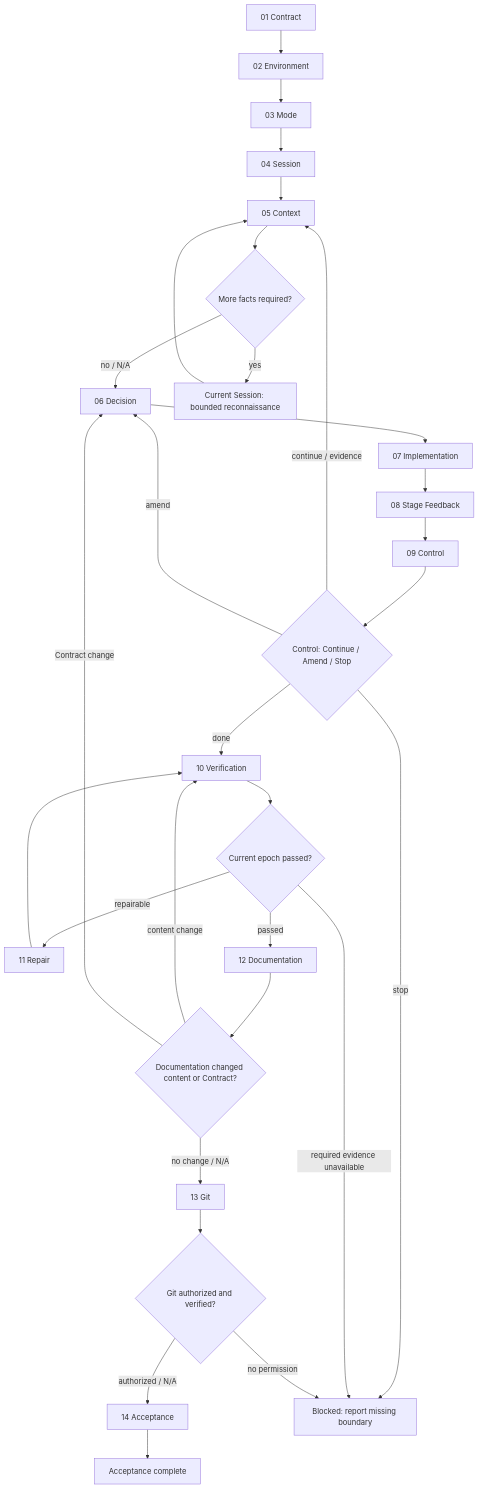
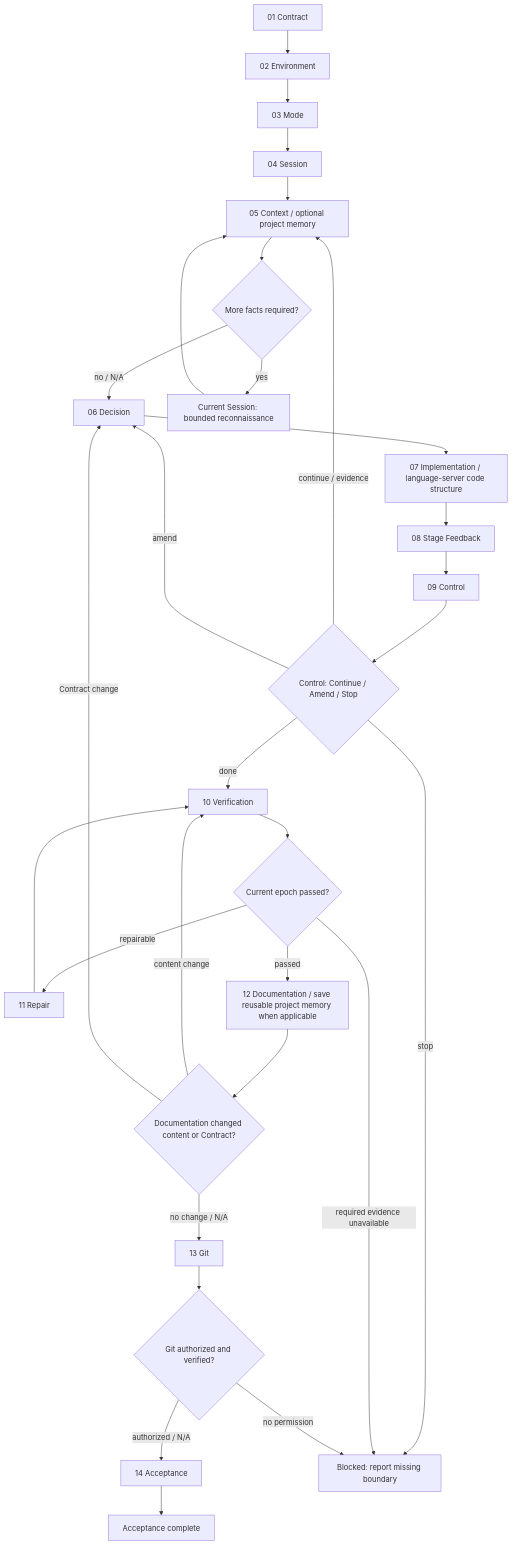
One commit to john-z-huang/token-io-decoupling changed the diagram in references/coding/layer-03-workflows/coding-single-agent.md. Above: the diagram before and after it, drawn with Mermaid. The commit also changed other lines of this file and 25 other files, not shown here.

````diff
--- a/references/coding/layer-03-workflows/coding-single-agent.md
+++ b/references/coding/layer-03-workflows/coding-single-agent.md
@@ -9,54 +9,54 @@
 ```mermaid
 flowchart TD
     S01["01 Contract"]
     S02["02 Environment"]
     S03["03 Mode"]
     S04["04 Session"]
-    S05["05 Context"]
+    S05["05 Context / optional project memory"]
     S06["06 Decision"]
-    S07["07 Implementation"]
+    S07["07 Implementation / language-server code structure"]
     S08["08 Stage Feedback"]
     S09["09 Control"]
     S10["10 Verification"]
     S11["11 Repair"]
-    S12["12 Documentation"]
+    S12["12 Documentation / save reusable project memory when applicable"]
     S13["13 Git"]
     S14["14 Acceptance"]
     D_RECON{"More facts required?"}
     ACT_RECON["Current Session: bounded reconnaissance"]
     D_CONTROL{"Control: Continue / Amend / Stop"}
     D_VERIFY{"Current epoch passed?"}
     D_DOC{"Documentation changed content or Contract?"}
     D_GIT{"Git authorized and verified?"}
     BLOCK["Blocked: report missing boundary"]
     DONE["Acceptance complete"]
     S01 --> S02
     S02 --> S03
     S03 --> S04
     S04 --> S05
     S05 --> D_RECON
     D_RECON -- yes --> ACT_RECON
     ACT_RECON --> S05
     D_RECON -- no / N/A --> S06
     S06 --> S07
     S07 --> S08
     S08 --> S09
     S09 --> D_CONTROL
     D_CONTROL -- continue / evidence --> S05
     D_CONTROL -- amend --> S06
     D_CONTROL -- done --> S10
     D_CONTROL -- stop --> BLOCK
     S10 --> D_VERIFY
     D_VERIFY -- repairable --> S11
     D_VERIFY -- passed --> S12
     D_VERIFY -- required evidence unavailable --> BLOCK
     S11 --> S10
     S12 --> D_DOC
     D_DOC -- content change --> S10
     D_DOC -- Contract change --> S06
     D_DOC -- no change / N/A --> S13
     S13 --> D_GIT
     D_GIT -- authorized / N/A --> S14
     D_GIT -- no permission --> BLOCK
     S14 --> DONE
 ```
````
